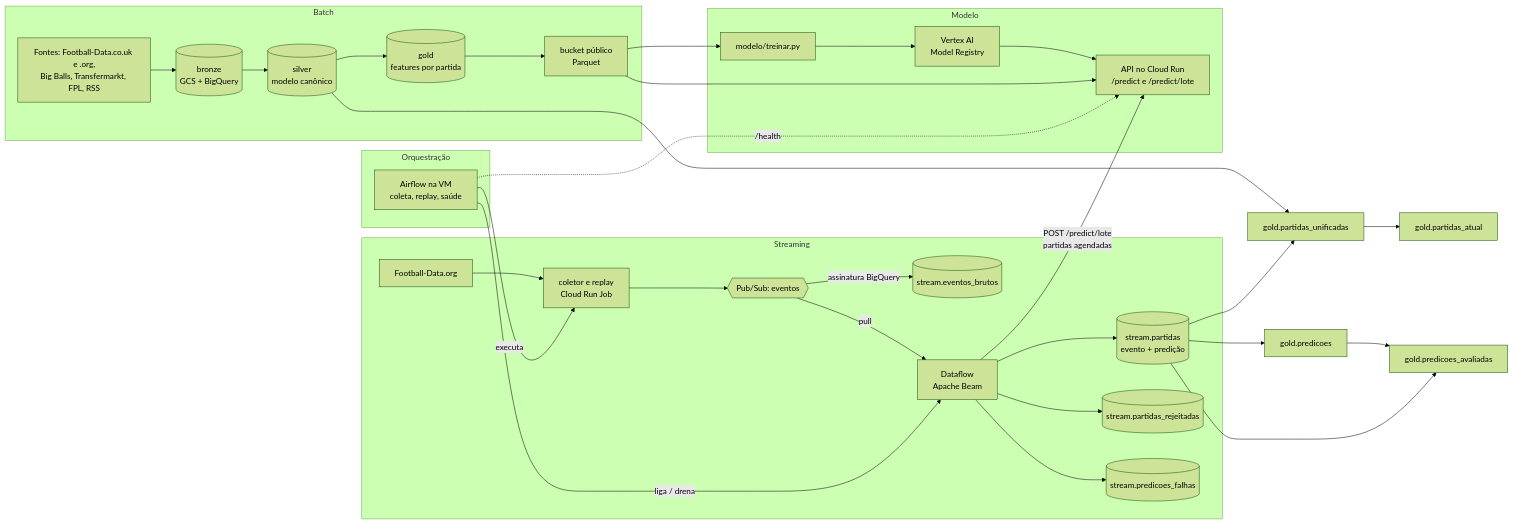
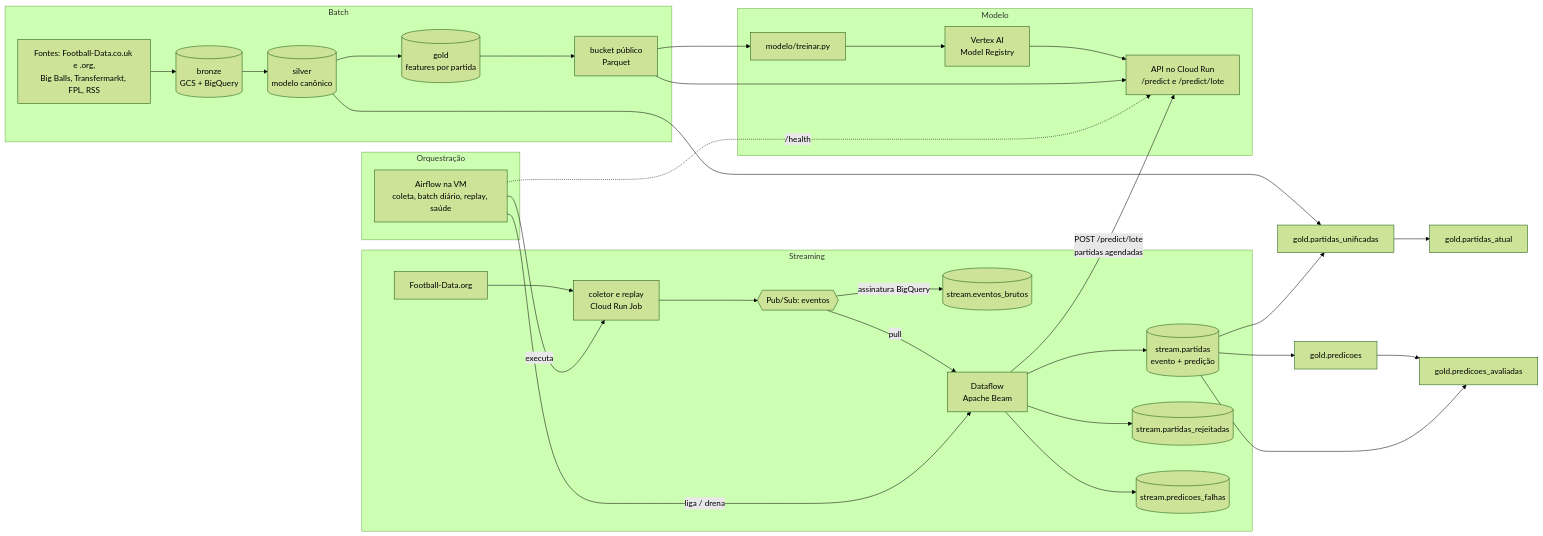
The diagram in README.md (phael-exe/foota-toota), drawn with Mermaid (forest theme) before and after one commit. The commit also changed other lines of this file and 18 other files, not shown here.

````diff
--- a/README.md
+++ b/README.md
@@ -29,37 +29,37 @@
 ```mermaid
 flowchart LR
     subgraph batch ["Batch"]
         FON["Fontes: Football-Data.co.uk e .org,<br>Big Balls, Transfermarkt, FPL, RSS"] --> BRZ[("bronze<br>GCS + BigQuery")]
         BRZ --> SIL[("silver<br>modelo canônico")]
         SIL --> GLD[("gold<br>features por partida")]
         GLD --> PUB["bucket público<br>Parquet"]
     end
     subgraph stream ["Streaming"]
         FDO["Football-Data.org"] --> COL["coletor e replay<br>Cloud Run Job"]
         COL --> EVT{{"Pub/Sub: eventos"}}
         EVT -->|"assinatura BigQuery"| EBR[("stream.eventos_brutos")]
         EVT -->|"pull"| DFL["Dataflow<br>Apache Beam"]
         DFL --> SPA[("stream.partidas<br>evento + predição")]
         DFL --> SRJ[("stream.partidas_rejeitadas")]
         DFL --> SFA[("stream.predicoes_falhas")]
     end
     subgraph orq ["Orquestração"]
-        AIR["Airflow na VM<br>coleta, replay, saúde"]
+        AIR["Airflow na VM<br>coleta, batch diário, replay, saúde"]
     end
     subgraph ml ["Modelo"]
         TRN["modelo/treinar.py"] --> REG["Vertex AI<br>Model Registry"]
         REG --> API["API no Cloud Run<br>/predict e /predict/lote"]
     end
     PUB --> TRN
     PUB --> API
     DFL -->|"POST /predict/lote<br>partidas agendadas"| API
     AIR -->|"executa"| COL
     AIR -->|"liga / drena"| DFL
     AIR -.->|"/health"| API
     SIL --> UNI["gold.partidas_unificadas"]
     SPA --> UNI
     UNI --> ATU["gold.partidas_atual"]
     SPA --> PRE["gold.predicoes"]
     PRE --> AVA["gold.predicoes_avaliadas"]
     SPA --> AVA
 ```
````
